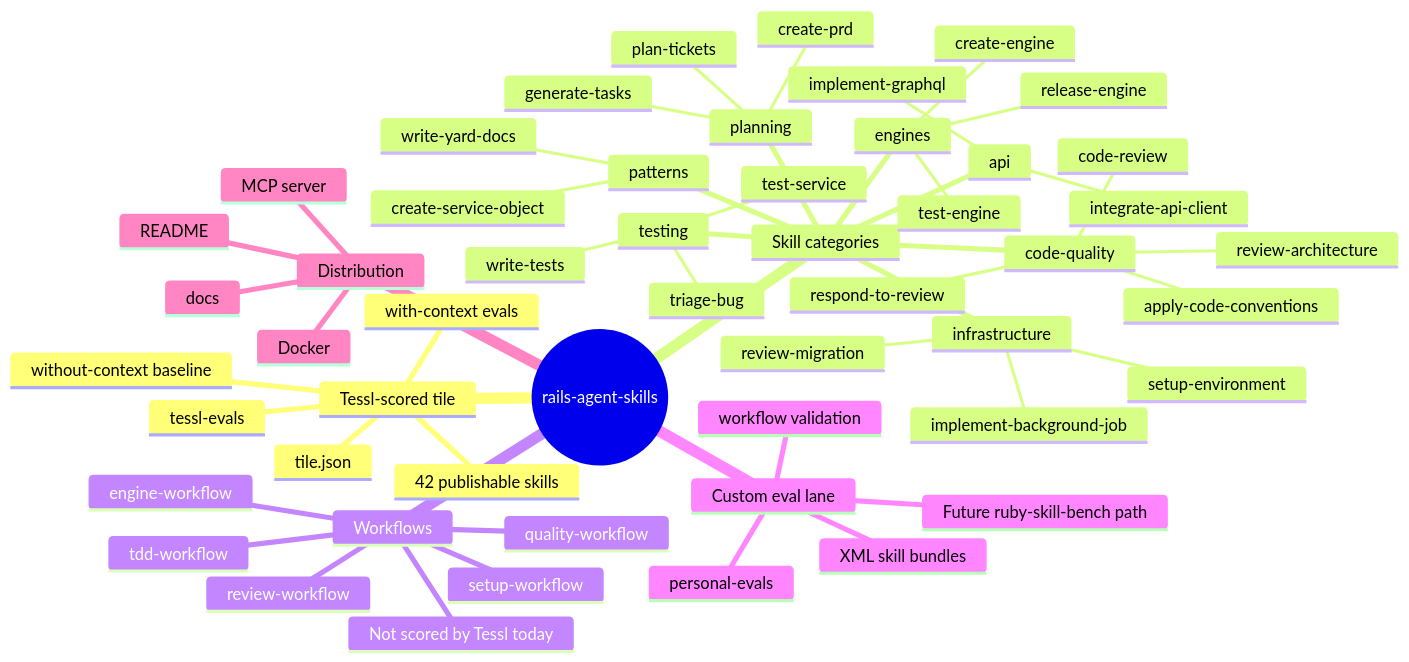
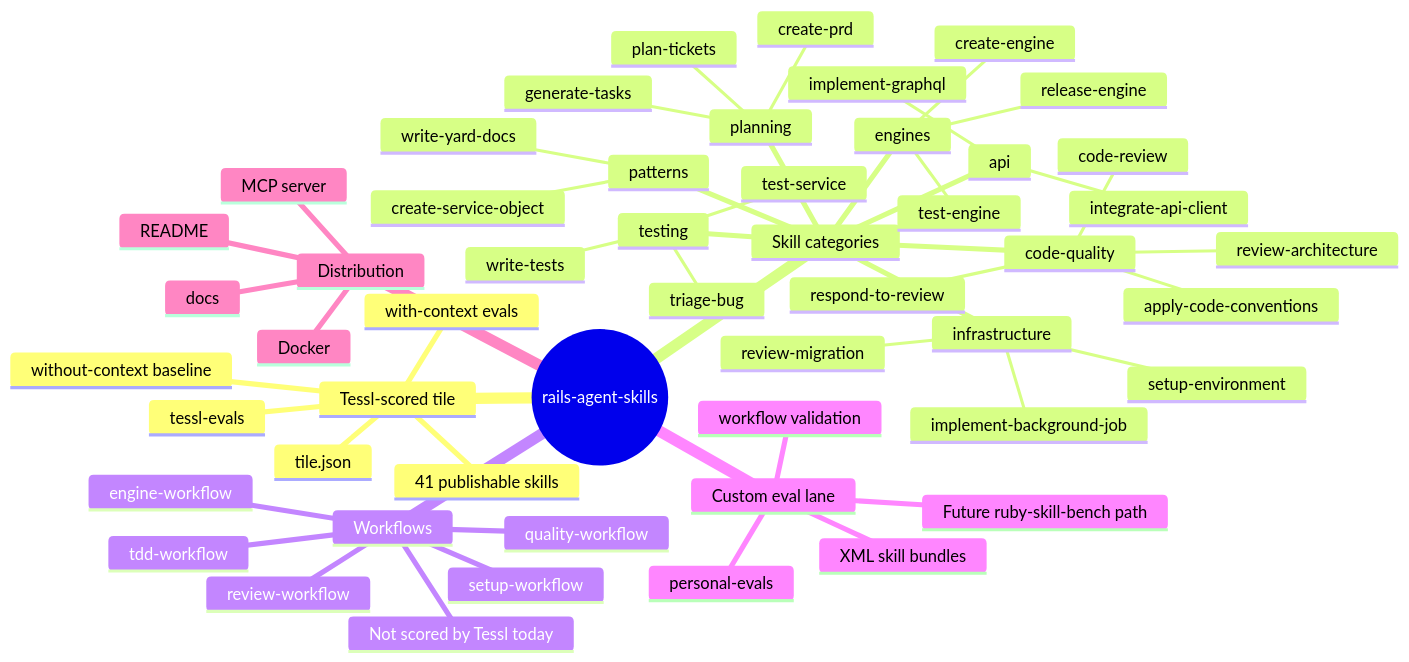
The first of 3 diagrams in docs/lessons-learned-from-tessl.md (igmarin/my-RoR-personal-skills), drawn with Mermaid before and after one commit. The commit also changed other lines of this file and 25 other files, not shown here.

````diff
--- a/docs/lessons-learned-from-tessl.md
+++ b/docs/lessons-learned-from-tessl.md
@@ -19,55 +19,55 @@
 ```mermaid
 mindmap
   root((rails-agent-skills))
     Tessl-scored tile
-      42 publishable skills
+      41 publishable skills
       tile.json
       tessl-evals
       with-context evals
       without-context baseline
     Skill categories
       planning
         create-prd
         generate-tasks
         plan-tickets
       testing
         write-tests
         test-service
         triage-bug
       code-quality
         code-review
         respond-to-review
         review-architecture
         apply-code-conventions
       api
         integrate-api-client
         implement-graphql
       infrastructure
         setup-environment
         implement-background-job
         review-migration
       patterns
         create-service-object
         write-yard-docs
       engines
         create-engine
         release-engine
         test-engine
     Workflows
       tdd-workflow
       review-workflow
       setup-workflow
       quality-workflow
       engine-workflow
       Not scored by Tessl today
     Custom eval lane
       personal-evals
       XML skill bundles
       workflow validation
       Future ruby-skill-bench path
     Distribution
       MCP server
       docs
       README
       Docker
 ```
````
